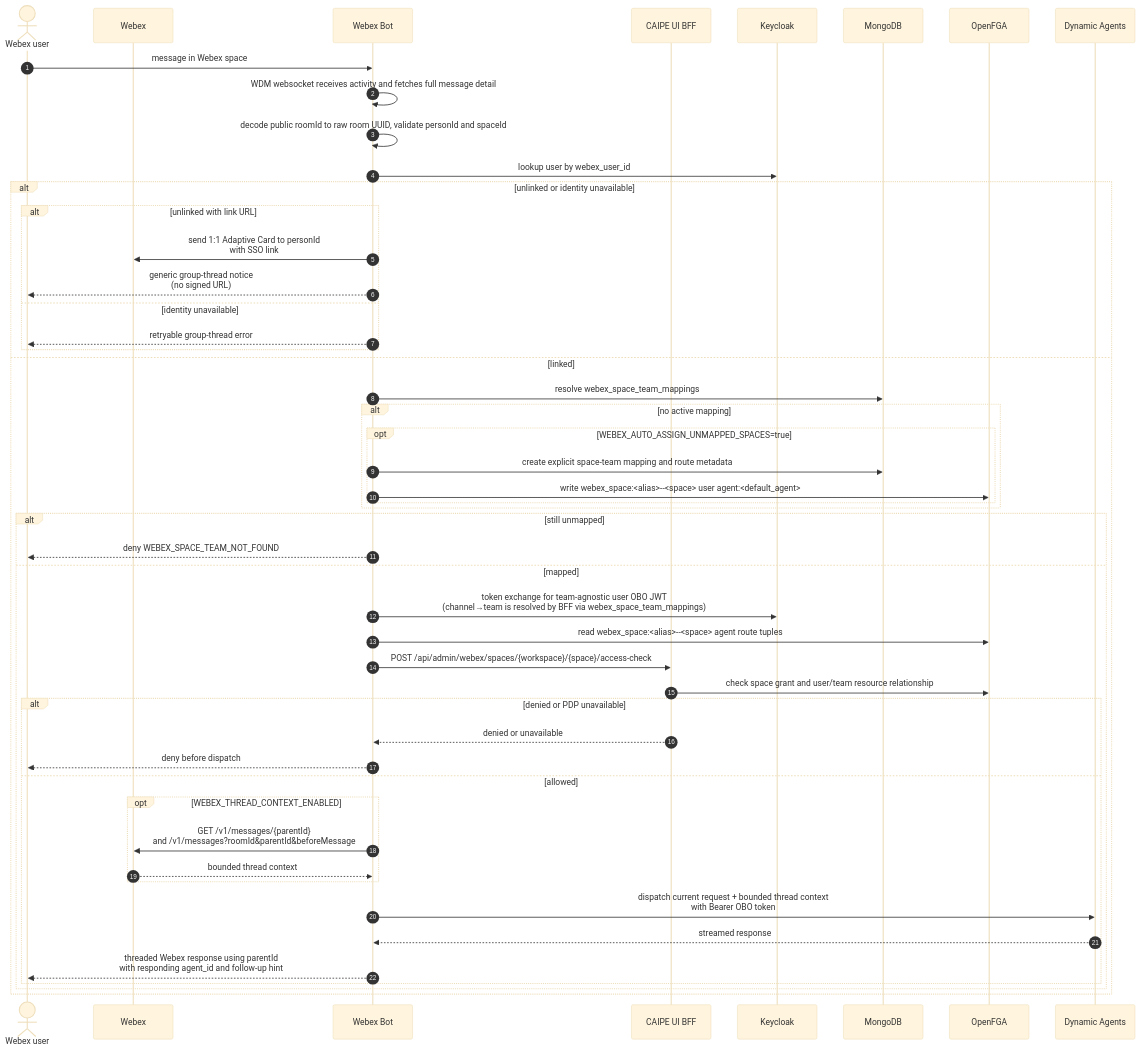
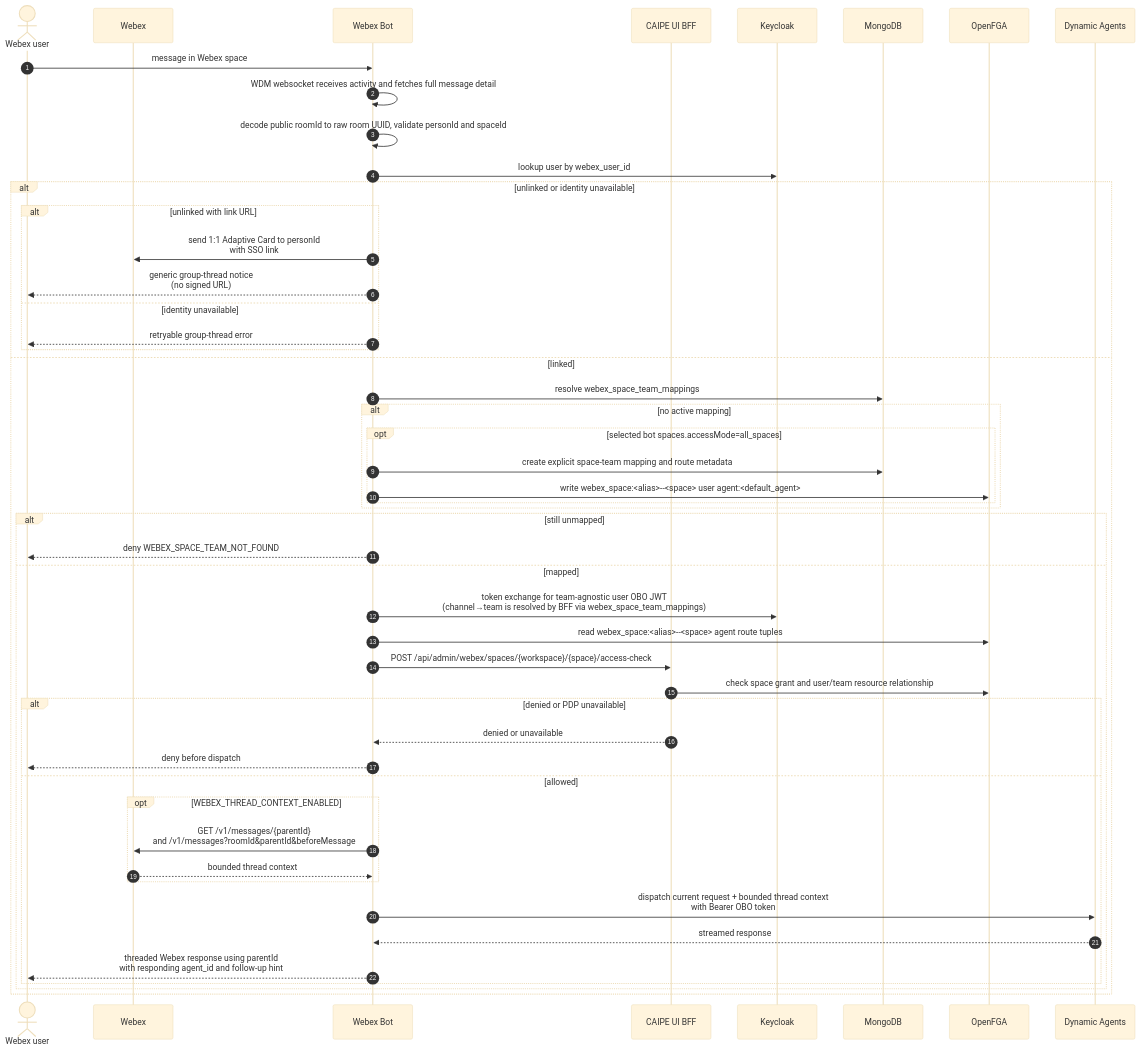
Before and after one commit to cnoe-io/ai-platform-engineering: the ninth of 18 diagrams in docs/docs/security/rbac/workflows.md, drawn with Mermaid (base theme). The commit also changed 89 other files, not shown here.

````diff
--- a/docs/docs/security/rbac/workflows.md
+++ b/docs/docs/security/rbac/workflows.md
@@ -722,53 +722,53 @@
 ```mermaid
 sequenceDiagram
     autonumber
     actor User as Webex user
     participant Webex as Webex
     participant WB as Webex Bot
     participant UI as CAIPE UI BFF
     participant KC as Keycloak
     participant MDB as MongoDB
     participant FGA as OpenFGA
     participant DA as Dynamic Agents
 
     User->>WB: message in Webex space
     WB->>WB: WDM websocket receives activity and fetches full message detail
     WB->>WB: decode public roomId to raw room UUID, validate personId and spaceId
     WB->>KC: lookup user by webex_user_id
     alt unlinked or identity unavailable
         alt unlinked with link URL
             WB->>Webex: send 1:1 Adaptive Card to personId<br/>with SSO link
             WB-->>User: generic group-thread notice<br/>(no signed URL)
         else identity unavailable
             WB-->>User: retryable group-thread error
         end
     else linked
         WB->>MDB: resolve webex_space_team_mappings
         alt no active mapping
-            opt WEBEX_AUTO_ASSIGN_UNMAPPED_SPACES=true
+            opt selected bot spaces.accessMode=all_spaces
                 WB->>MDB: create explicit space-team mapping and route metadata
                 WB->>FGA: write webex_space:<alias>--<space> user agent:<default_agent>
             end
         end
         alt still unmapped
             WB-->>User: deny WEBEX_SPACE_TEAM_NOT_FOUND
         else mapped
             WB->>KC: token exchange for team-agnostic user OBO JWT<br/>(channel→team is resolved by BFF via webex_space_team_mappings)
             WB->>FGA: read webex_space:<alias>--<space> agent route tuples
             WB->>UI: POST /api/admin/webex/spaces/{workspace}/{space}/access-check
             UI->>FGA: check space grant and user/team resource relationship
             alt denied or PDP unavailable
                 UI-->>WB: denied or unavailable
                 WB-->>User: deny before dispatch
             else allowed
                 opt WEBEX_THREAD_CONTEXT_ENABLED
                     WB->>Webex: GET /v1/messages/{parentId}<br/>and /v1/messages?roomId&parentId&beforeMessage
                     Webex-->>WB: bounded thread context
                 end
                 WB->>DA: dispatch current request + bounded thread context<br/>with Bearer OBO token
                 DA-->>WB: streamed response
                 WB-->>User: threaded Webex response using parentId<br/>with responding agent_id and follow-up hint
             end
         end
     end
 ```
````
